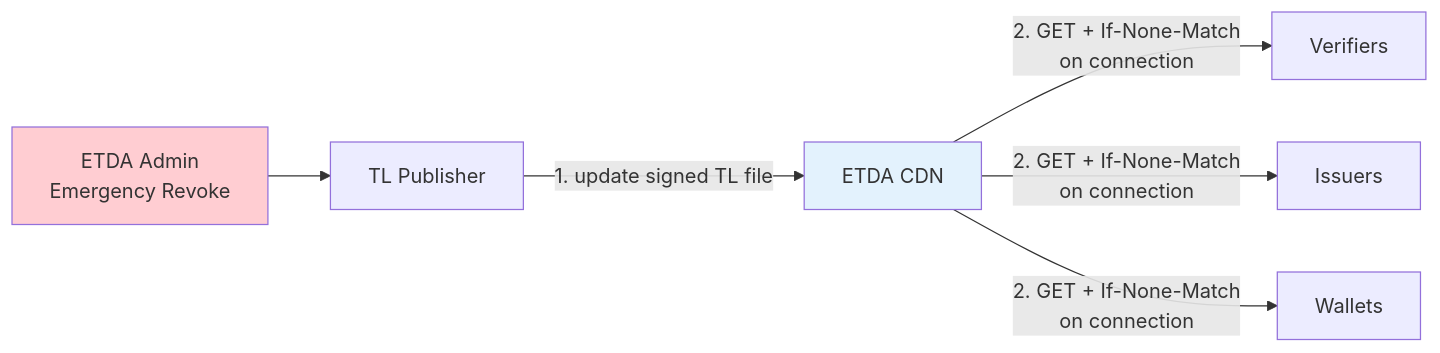
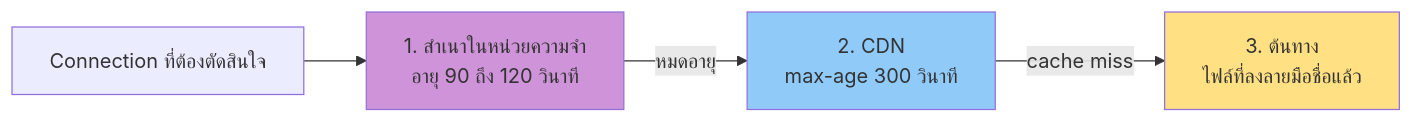
One commit to ETDA/vcdoc changed the first of 3 diagrams in docs/thai-vc-arf/12-key-management-and-trustlist-deployment.md. Above: the diagram before and after it, drawn with Mermaid. The commit also changed other lines of this file and 22 other files, not shown here.

````diff
--- a/docs/thai-vc-arf/12-key-management-and-trustlist-deployment.md
+++ b/docs/thai-vc-arf/12-key-management-and-trustlist-deployment.md
@@ -185,11 +162,9 @@
 ```mermaid
 graph LR
-    ADMIN[ETDA Admin<br/>Emergency Revoke] --> PUB[TL Publisher]
-    PUB -->|"1. update signed TL file"| CDN[ETDA CDN]
-    CDN -->|"2. GET + If-None-Match<br/>on connection"| V[Verifiers]
-    CDN -->|"2. GET + If-None-Match<br/>on connection"| I[Issuers]
-    CDN -->|"2. GET + If-None-Match<br/>on connection"| W[Wallets]
-
-    style CDN fill:#e3f2fd
-    style ADMIN fill:#ffcdd2
+    REQ["Connection ที่ต้องตัดสินใจ"] --> MEM["1. สำเนาในหน่วยความจำ<br/>อายุ 90 ถึง 120 วินาที"]
+    MEM -->|"หมดอายุ"| CDN["2. CDN<br/>max-age 300 วินาที"]
+    CDN -->|"cache miss"| ORIG["3. ต้นทาง<br/>ไฟล์ที่ลงลายมือชื่อแล้ว"]
+    style MEM fill:#CE93D8
+    style CDN fill:#90CAF9
+    style ORIG fill:#FFE082
 ```
````
